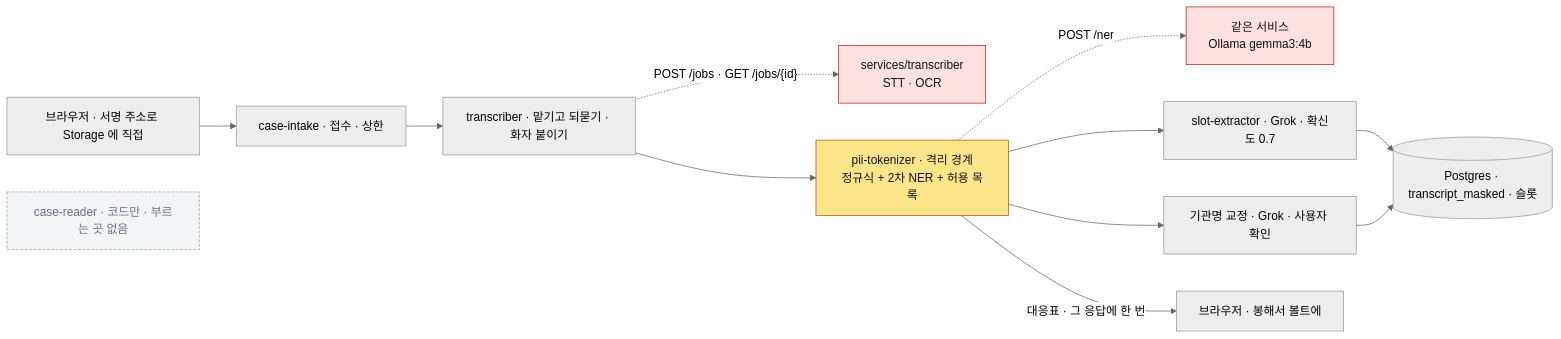
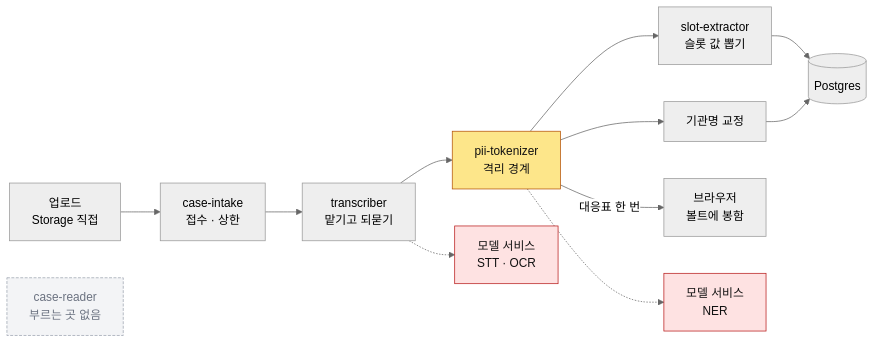
The third of 10 diagrams in ARCHITECTURE.md (Dojaegyum/fsec-ai-challenge), drawn with Mermaid (neutral theme) before and after one commit. The commit also changed other lines of this file and 4 other files, not shown here.

First line of the commit message:
ARCHITECTURE.md 그림을 뷰어에서 안 잘리게 다시 그리고, ADR 번호를 그림·본문에서 걷어 절 끝 「근거」로 모으고, 환경·시크릿 절을 없앤다

````diff
--- a/ARCHITECTURE.md
+++ b/ARCHITECTURE.md
@@ -193,19 +173,19 @@
 ```mermaid
 flowchart LR
-    UP["브라우저 · 서명 주소로 Storage 에 직접"] --> INTAKE["case-intake · 접수 · 상한"]
-    INTAKE --> TR["transcriber · 맡기고 되묻기 · 화자 붙이기"]
-    TR -.->|"POST /jobs · GET /jobs/{id}"| SVC["services/transcriber<br/>STT · OCR"]
-    TR --> TOK["pii-tokenizer · 격리 경계<br/>정규식 + 2차 NER + 허용 목록"]
-    TOK -.->|"POST /ner"| NERSVC["같은 서비스<br/>Ollama gemma3:4b"]
-    TOK --> SX["slot-extractor · Grok · 확신도 0.7"]
-    TOK --> ORG["기관명 교정 · Grok · 사용자 확인"]
-    SX --> DB[("Postgres · transcript_masked · 슬롯")]
+    UP["업로드<br/>Storage 직접"] --> INTAKE["case-intake<br/>접수 · 상한"]
+    INTAKE --> TR["transcriber<br/>맡기고 되묻기"]
+    TR --> TOK["pii-tokenizer<br/>격리 경계"]
+    TOK --> SX["slot-extractor<br/>슬롯 값 뽑기"]
+    TOK --> ORG["기관명 교정"]
+    SX --> DB[("Postgres")]
     ORG --> DB
-    TOK -- "대응표 · 그 응답에 한 번" --> BR["브라우저 · 봉해서 볼트에"]
-    READER["case-reader · 코드만 · 부르는 곳 없음"]
+    TOK -- "대응표 한 번" --> BR["브라우저<br/>볼트에 봉함"]
+    TR -.-> SVC["모델 서비스<br/>STT · OCR"]
+    TOK -.-> NER["모델 서비스<br/>NER"]
+    READER["case-reader<br/>부르는 곳 없음"]
 
     style TOK fill:#fde68a,stroke:#b45309,color:#111
     style SVC fill:#fee2e2,stroke:#b91c1c,color:#111
-    style NERSVC fill:#fee2e2,stroke:#b91c1c,color:#111
+    style NER fill:#fee2e2,stroke:#b91c1c,color:#111
     style READER fill:#f3f4f6,stroke:#9ca3af,color:#6b7280,stroke-dasharray: 4 2
 ```
````
